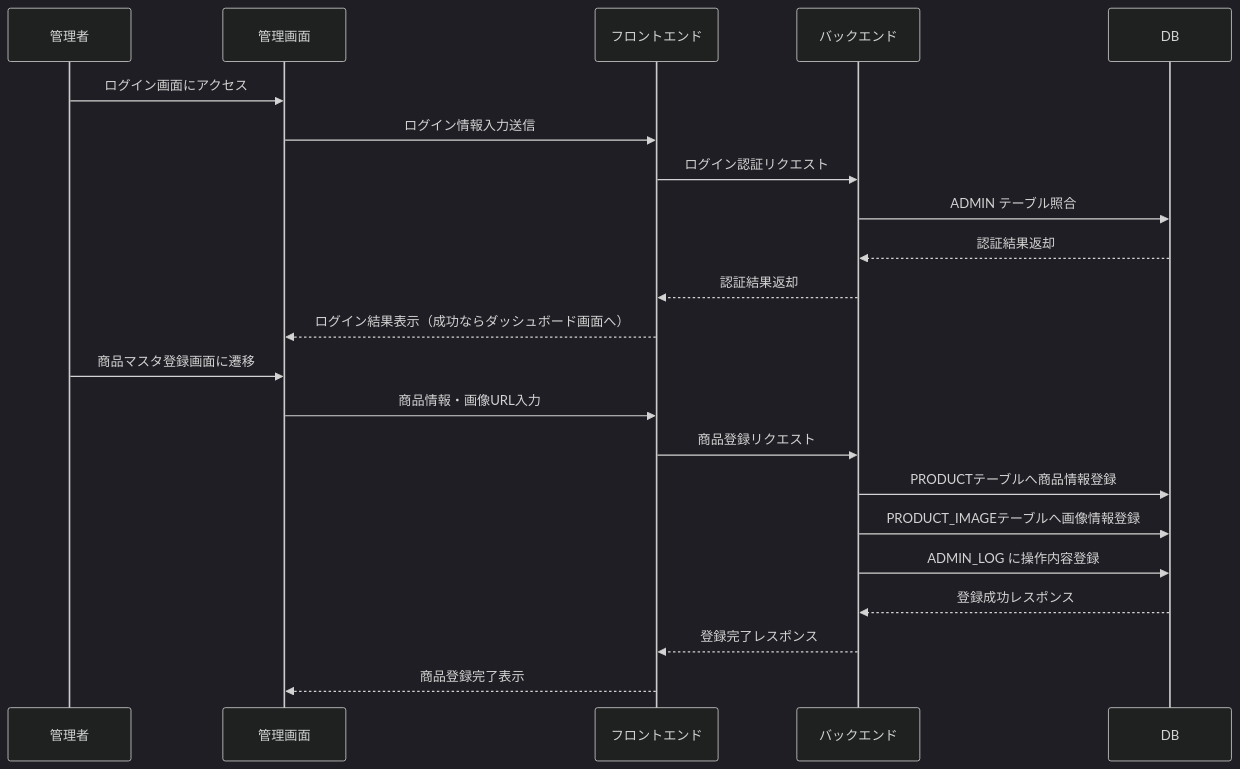
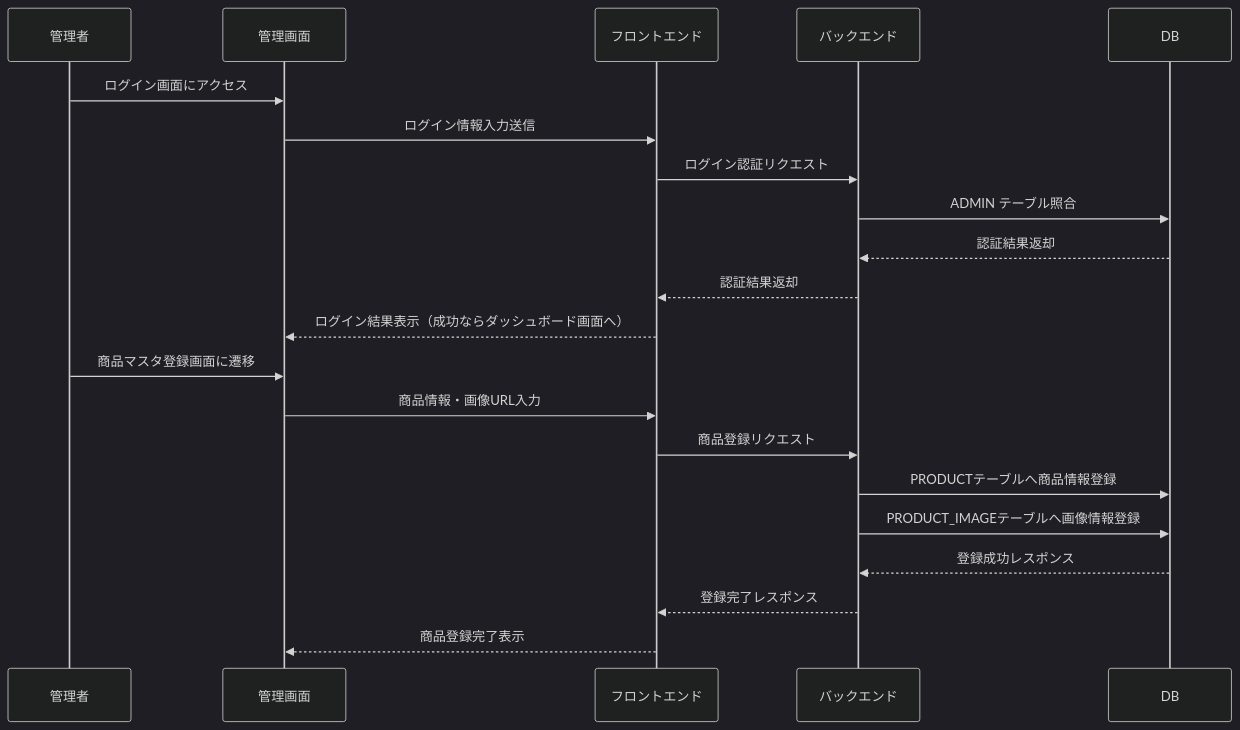
The fourth of 5 diagrams in 基本設計/D.md (YUKlT0/Equipe), drawn with Mermaid (dark theme) before and after one commit. The commit also changed other lines of this file, not shown here.

```diff
--- a/基本設計/D.md
+++ b/基本設計/D.md
@@ -406,27 +356,26 @@
 <div class="mermaid">
 sequenceDiagram
     participant 管理者
     participant 管理画面
     participant フロントエンド
     participant バックエンド
     participant DB
 
     管理者->>管理画面: ログイン画面にアクセス
     管理画面->>フロントエンド: ログイン情報入力送信
     フロントエンド->>バックエンド: ログイン認証リクエスト
     バックエンド->>DB: ADMIN テーブル照合
     DB-->>バックエンド: 認証結果返却
     バックエンド-->>フロントエンド: 認証結果返却
     フロントエンド-->>管理画面: ログイン結果表示（成功ならダッシュボード画面へ）
 
     管理者->>管理画面: 商品マスタ登録画面に遷移
     管理画面->>フロントエンド: 商品情報・画像URL入力
     フロントエンド->>バックエンド: 商品登録リクエスト
 
     バックエンド->>DB: PRODUCTテーブルへ商品情報登録
     バックエンド->>DB: PRODUCT_IMAGEテーブルへ画像情報登録
-    バックエンド->>DB: ADMIN_LOG に操作内容登録
     DB-->>バックエンド: 登録成功レスポンス
     バックエンド-->>フロントエンド: 登録完了レスポンス
     フロントエンド-->>管理画面: 商品登録完了表示
 </div>
```
